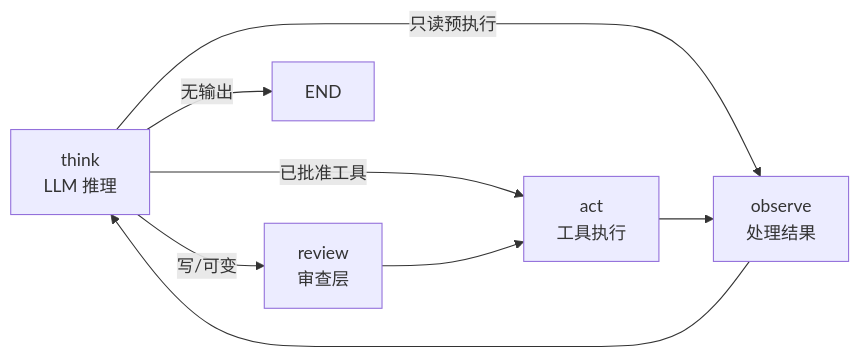
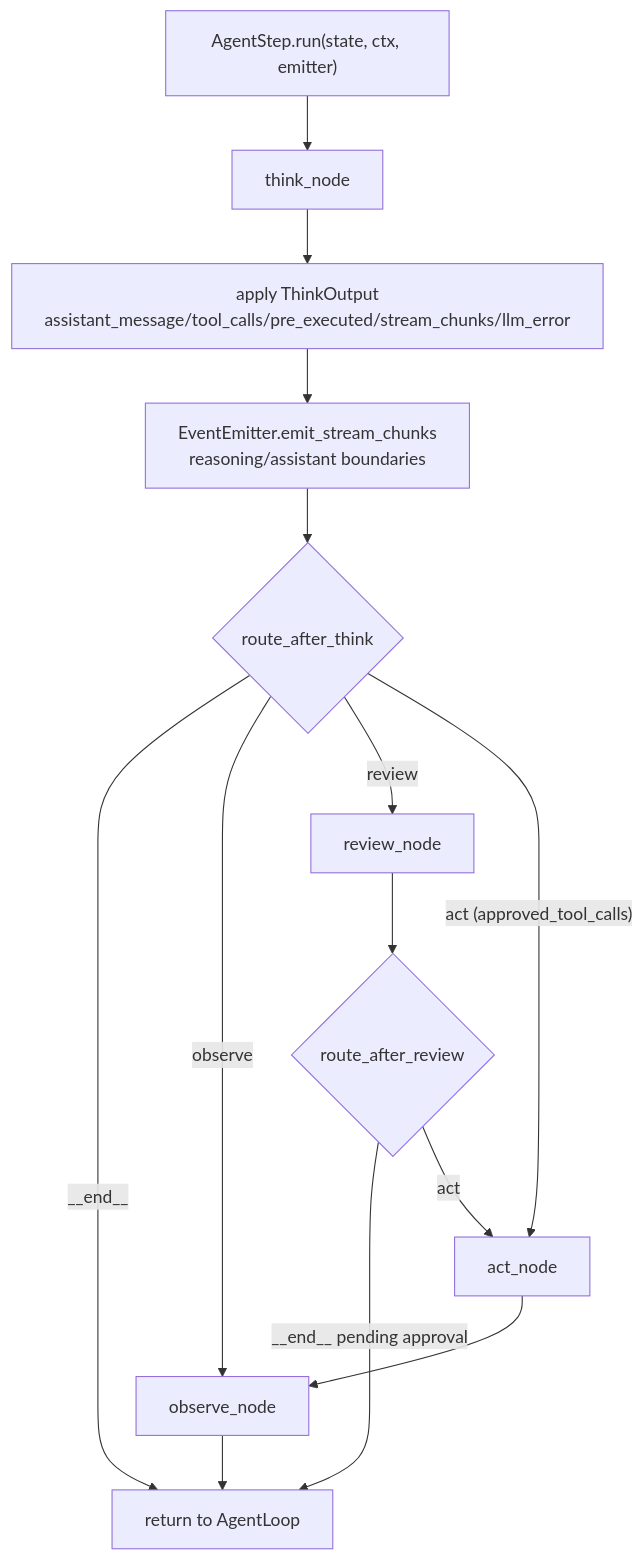
The fifth of 13 diagrams in web-server/graph.md (nazzeDe/alascup-agent), drawn with Mermaid before and after one commit. The commit also changed other lines of this file and 21 other files, not shown here.

````diff
--- a/web-server/graph.md
+++ b/web-server/graph.md
@@ -276,14 +188,25 @@
 ```mermaid
-flowchart LR
-    think["think<br/>LLM 推理"]
-    review["review<br/>审查层"]
-    act["act<br/>工具执行"]
-    observe["observe<br/>处理结果"]
-    think -- "只读预执行" --> observe
-    think -- "写/可变" --> review
-    think -- "已批准工具" --> act
-    review --> act
-    act --> observe
-    observe --> think
-    think -- "无输出" --> done["END"]
+flowchart TD
+    start["AgentStep.run(state, ctx, emitter)"]
+    think["think_node"]
+    apply["apply ThinkOutput<br/>assistant_message/tool_calls/pre_executed/stream_chunks/llm_error"]
+    emit_text["EventEmitter.emit_stream_chunks<br/>reasoning/assistant boundaries"]
+    route_think{"route_after_think"}
+    review["review_node"]
+    route_review{"route_after_review"}
+    act["act_node"]
+    observe["observe_node"]
+    end_node["return to AgentLoop"]
+
+    start --> think --> apply
+    apply --> emit_text
+    emit_text --> route_think
+    route_think -- "__end__" --> end_node
+    route_think -- "observe" --> observe
+    route_think -- "review" --> review
+    route_think -- "act (approved_tool_calls)" --> act
+    review --> route_review
+    route_review -- "__end__ pending approval" --> end_node
+    route_review -- "act" --> act
+    act --> observe --> end_node
 ```
````
